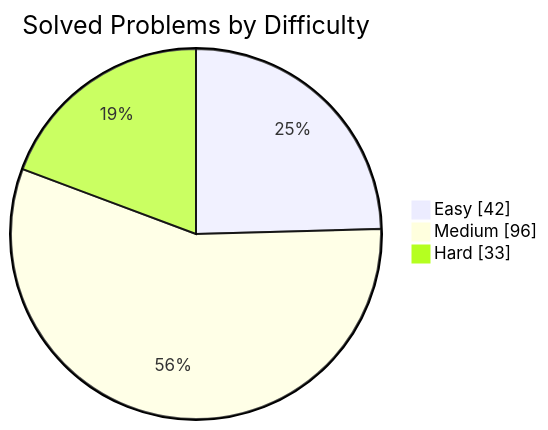
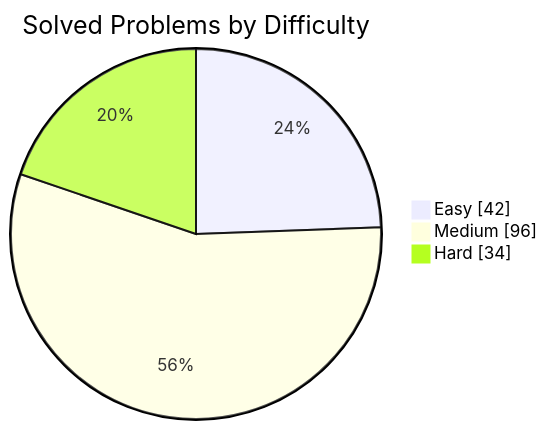
One commit to manikantbindass/DSA-Preparation-FAANG changed the first of 2 diagrams in README.md. Above: the diagram before and after it, drawn with Mermaid. The commit also changed other lines of this file, not shown here.

````diff
--- a/README.md
+++ b/README.md
@@ -38,7 +38,7 @@
 ```mermaid
 pie showData
     title Solved Problems by Difficulty
     "Easy" : 42
     "Medium" : 96
-    "Hard" : 33
+    "Hard" : 34
 ```
````
